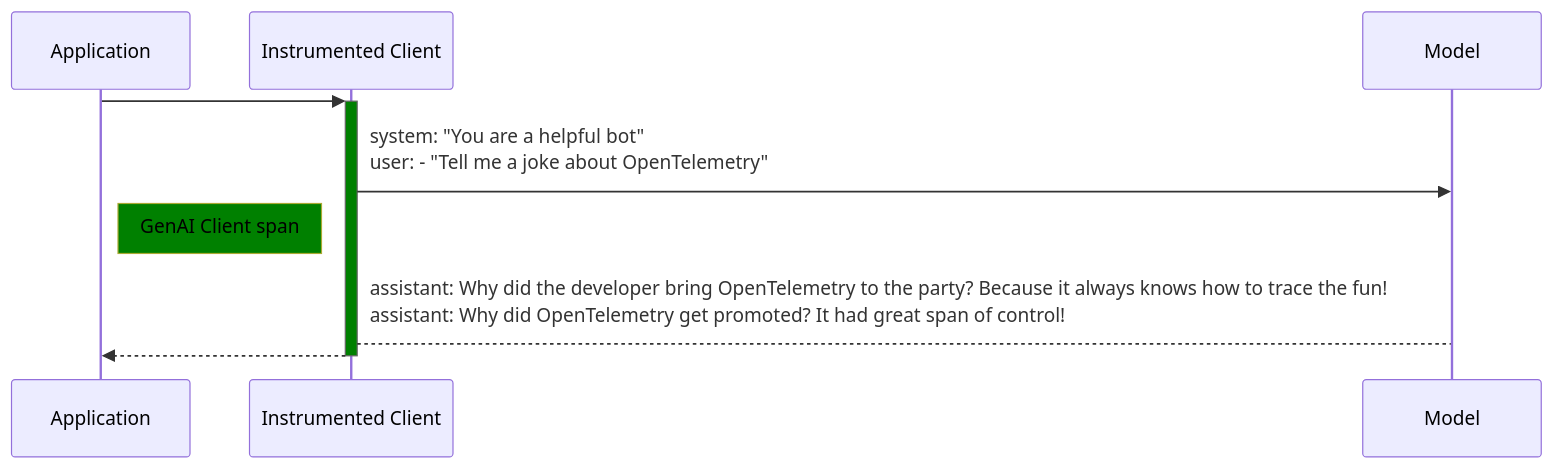
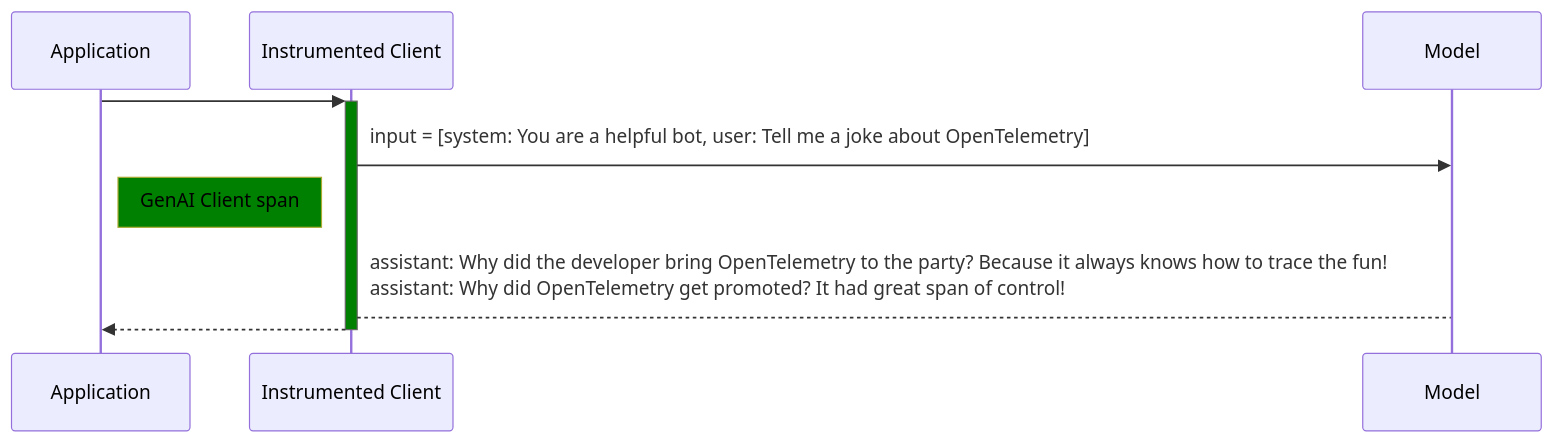
One commit to open-telemetry/semantic-conventions changed the fourth of 4 diagrams in docs/gen-ai/non-normative/examples-llm-calls.md. Above: the diagram before and after it, drawn with Mermaid. The commit also changed other lines of this file, not shown here.

````diff
--- a/docs/gen-ai/non-normative/examples-llm-calls.md
+++ b/docs/gen-ai/non-normative/examples-llm-calls.md
@@ -482,17 +568,17 @@
 ```mermaid
 %%{init:
 {
   "sequence": { "messageAlign": "left", "htmlLabels":true },
   "themeVariables": { "noteBkgColor" : "green", "noteTextColor": "black", "activationBkgColor": "green", "htmlLabels":true }
 }
 }%%
 sequenceDiagram
     participant A as Application
     participant I as Instrumented Client
     participant M as Model
     A->>+I: #U+200D
-    I->>M: system: "You are a helpful bot"<br/>user: - "Tell me a joke about OpenTelemetry"
+    I->>M: input = [system: You are a helpful bot, user: Tell me a joke about OpenTelemetry]
     Note left of I: GenAI Client span
     I-->M: assistant: Why did the developer bring OpenTelemetry to the party? Because it always knows how to trace the fun!<br/> assistant: Why did OpenTelemetry get promoted? It had great span of control!
     I-->>-A: #U+200D
 ```
````
